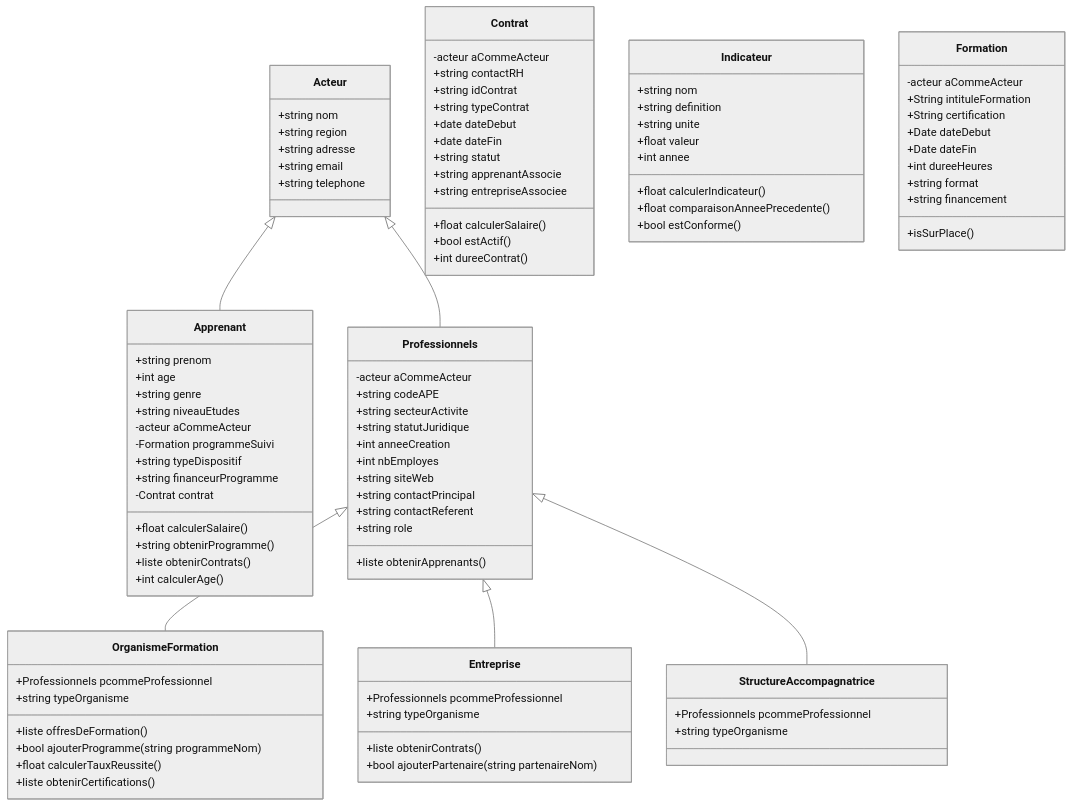
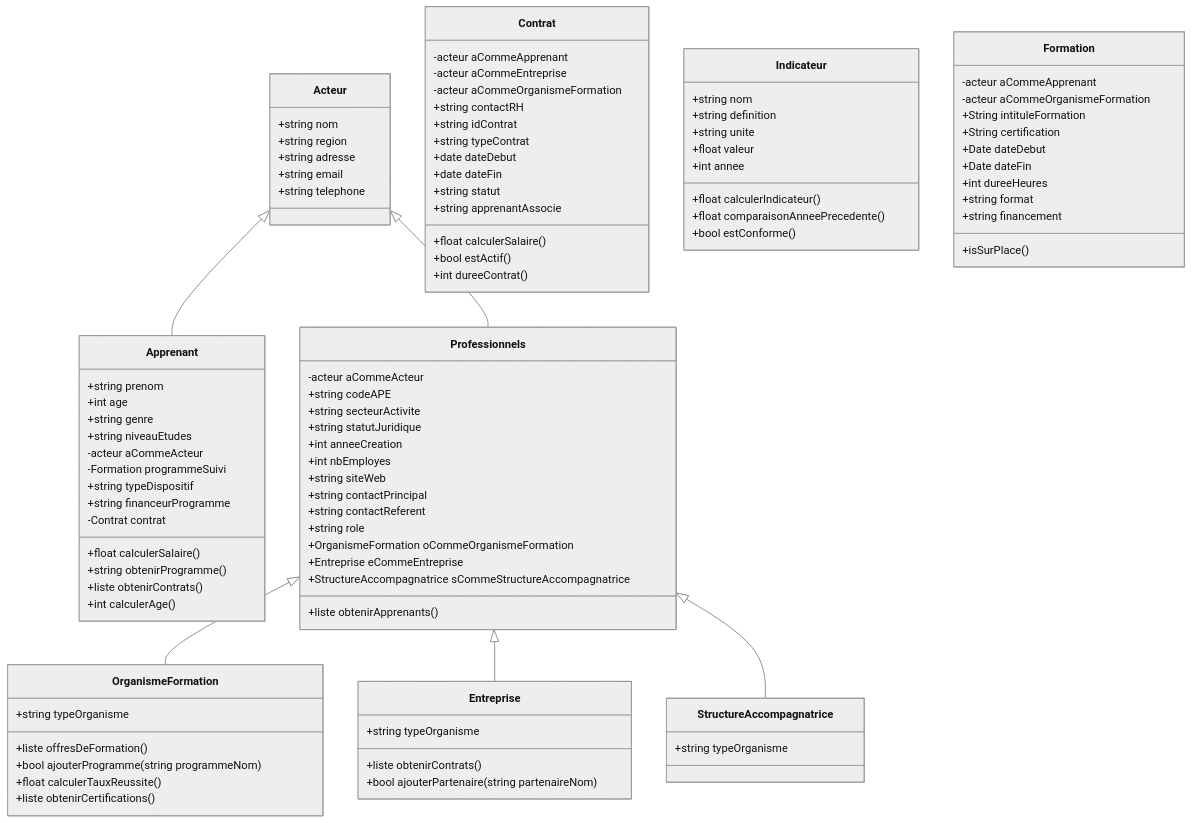
The diagram in acteurs.md (bouzidifatimazohra00-ux/inclusion-numerique-93), drawn with Mermaid (neutral theme) before and after one commit.

Commit message:
Update acteur relationships in class definitions

```diff
--- a/acteurs.md
+++ b/acteurs.md
@@ -43,11 +43,13 @@
   +string contactPrincipal
   +string contactReferent
   +string role
+  +OrganismeFormation oCommeOrganismeFormation
+  +Entreprise eCommeEntreprise
+  +StructureAccompagnatrice sCommeStructureAccompagnatrice
   +liste obtenirApprenants()            
 }
 
 class OrganismeFormation {
-  +Professionnels pcommeProfessionnel
   +string typeOrganisme
   +liste offresDeFormation()   
   +bool ajouterProgramme(string programmeNom)  
@@ -56,19 +58,19 @@
 }
 
 class Entreprise {
-  +Professionnels pcommeProfessionnel
   +string typeOrganisme
   +liste obtenirContrats()
   +bool ajouterPartenaire(string partenaireNom)
 }
 
 class StructureAccompagnatrice {
-  +Professionnels pcommeProfessionnel
   +string typeOrganisme
 }
 
 class Contrat {
-  -acteur aCommeActeur
+  -acteur aCommeApprenant
+  -acteur aCommeEntreprise
+  -acteur aCommeOrganismeFormation
   +string contactRH
   +string idContrat
   +string typeContrat
@@ -76,7 +78,6 @@
   +date dateFin
   +string statut
   +string apprenantAssocie
-  +string entrepriseAssociee
   +float calculerSalaire()     
   +bool estActif()
   +int dureeContrat()
@@ -94,7 +95,8 @@
 }
 
 class Formation {
-  -acteur aCommeActeur
+  -acteur aCommeApprenant
+  -acteur aCommeOrganismeFormation
   +String intituleFormation
   +String certification
   +Date dateDebut
```
